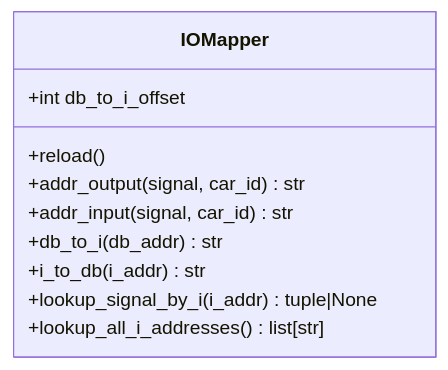
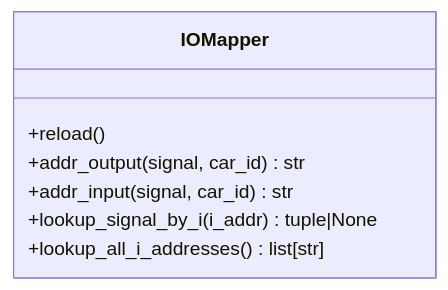
The fourth of 7 diagrams in .qoder/repowiki/zh/content/脑干模块.md (xmb505/Haku_EET), drawn with Mermaid before and after one commit. The commit also changed other lines of this file and 10 other files, not shown here.

````diff
--- a/.qoder/repowiki/zh/content/脑干模块.md
+++ b/.qoder/repowiki/zh/content/脑干模块.md
@@ -164,13 +179,10 @@
 ```mermaid
 classDiagram
 class IOMapper {
-+int db_to_i_offset
 +reload()
 +addr_output(signal, car_id) str
 +addr_input(signal, car_id) str
-+db_to_i(db_addr) str
-+i_to_db(i_addr) str
 +lookup_signal_by_i(i_addr) tuple|None
 +lookup_all_i_addresses() list[str]
 }
 ```
````
